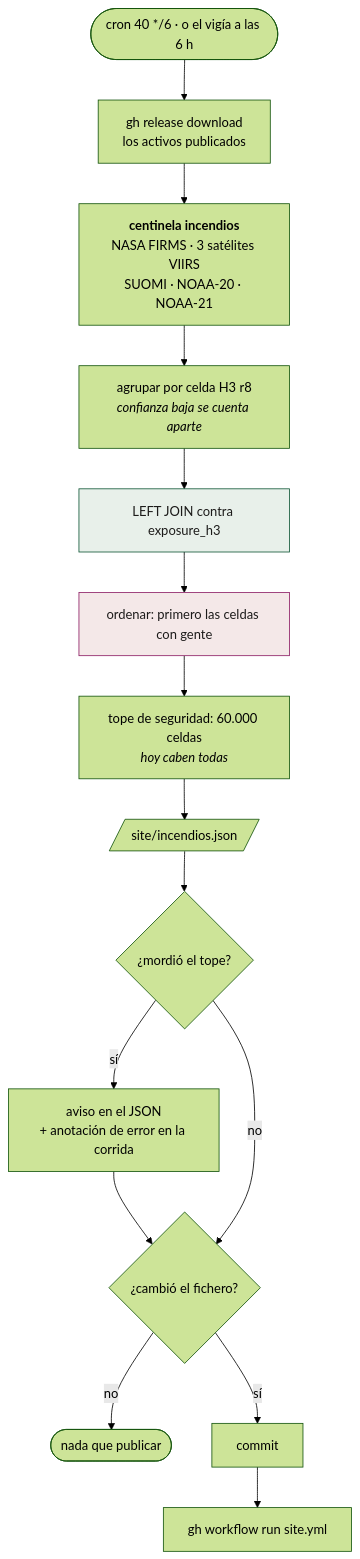
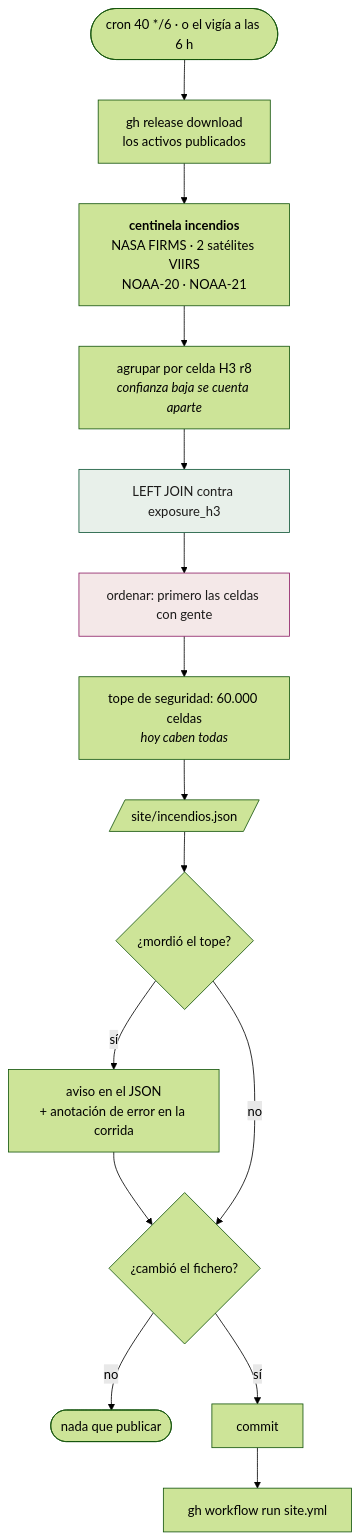
One commit to sforero77/CENTINELA changed the sixth of 15 diagrams in docs/acciones/por-reloj.md. Above: the diagram before and after it, drawn with Mermaid (forest theme). The commit also changed 14 other files, not shown here.

````diff
--- a/docs/acciones/por-reloj.md
+++ b/docs/acciones/por-reloj.md
@@ -298,23 +298,23 @@
 ```mermaid
 flowchart TB
   R(["cron 40 */6 · o el vigía a las 6 h"]) --> BAJA["gh release download<br/>los activos publicados"]
-  BAJA --> FIRMS["<b>centinela incendios</b><br/>NASA FIRMS · 3 satélites VIIRS<br/>SUOMI · NOAA-20 · NOAA-21"]
+  BAJA --> FIRMS["<b>centinela incendios</b><br/>NASA FIRMS · 2 satélites VIIRS<br/>NOAA-20 · NOAA-21"]
 
   FIRMS --> AGG["agrupar por celda H3 r8<br/><i>confianza baja se cuenta aparte</i>"]
   AGG --> JOIN["LEFT JOIN contra exposure_h3"]
   JOIN --> PRIO["ordenar: primero las celdas con gente"]
   PRIO --> CUT["tope de seguridad: 60.000 celdas<br/><i>hoy caben todas</i>"]
   CUT --> OUT[/"site/incendios.json"/]
 
   OUT --> TOPE{"¿mordió el tope?"}
   TOPE -->|sí| GRITO["aviso en el JSON<br/>+ anotación de error en la corrida"]
   GRITO --> PUB
   TOPE -->|no| PUB
   PUB{"¿cambió el fichero?"}
   PUB -->|no| FIN(["nada que publicar"])
   PUB -->|sí| COMMIT["commit"]
   COMMIT --> SITE["gh workflow run site.yml"]
 
   style JOIN fill:#e8f0ea,stroke:#0f5636,color:#1c1b1a
   style PRIO fill:#f4e8e8,stroke:#8c1d64,color:#1c1b1a
 ```
````
